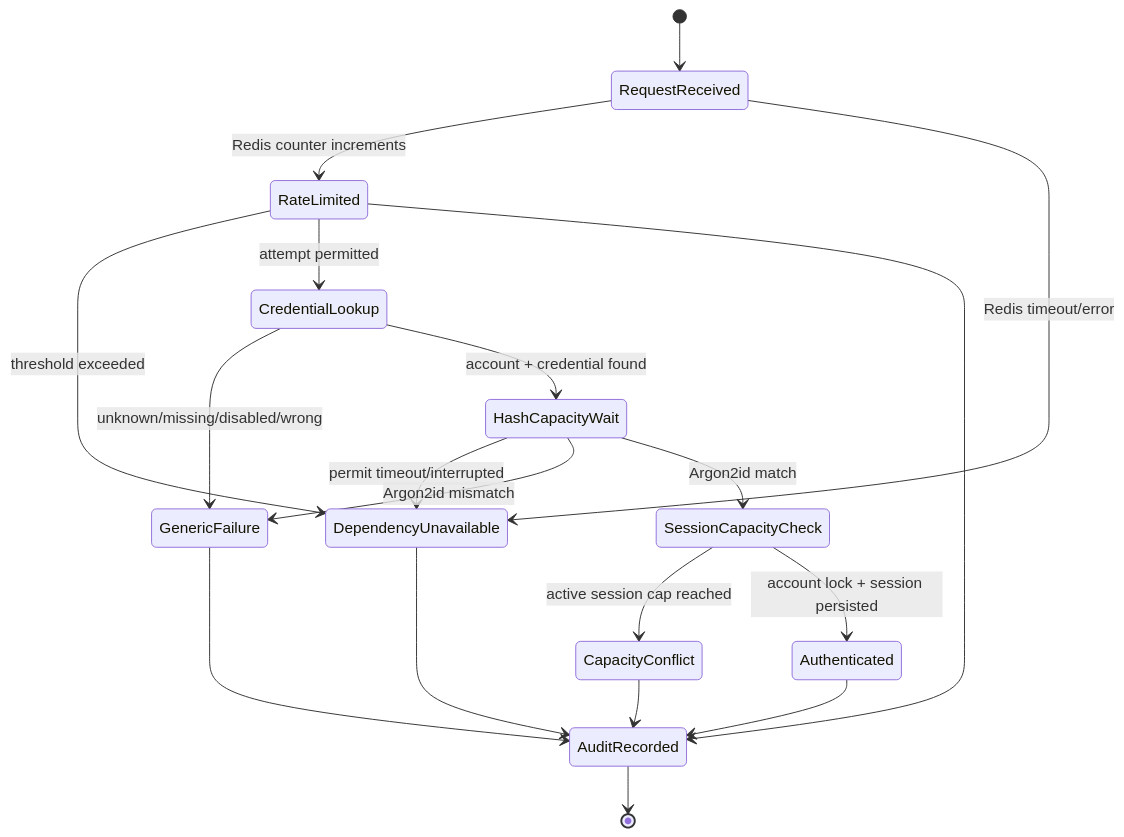
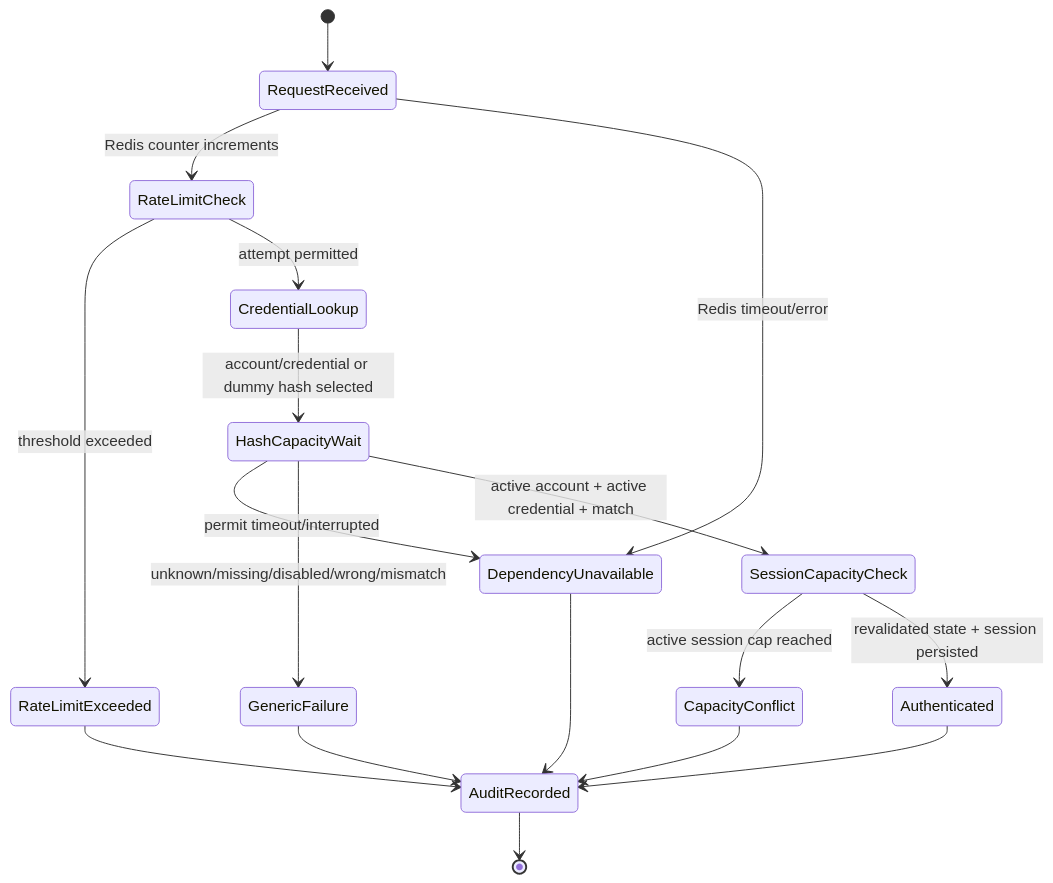
One commit to tdespenza/lifeos changed the fourth of 4 diagrams in docs/diagrams/identity-login.md. Above: the diagram before and after it, drawn with Mermaid. The commit also changed other lines of this file and 21 other files, not shown here.

````diff
--- a/docs/diagrams/identity-login.md
+++ b/docs/diagrams/identity-login.md
@@ -96,21 +100,20 @@
 ```mermaid
 stateDiagram-v2
     [*] --> RequestReceived
-    RequestReceived --> RateLimited : Redis counter increments
+    RequestReceived --> RateLimitCheck : Redis counter increments
     RequestReceived --> DependencyUnavailable : Redis timeout/error
-    RateLimited --> DependencyUnavailable : threshold exceeded
-    RateLimited --> CredentialLookup : attempt permitted
-    CredentialLookup --> GenericFailure : unknown/missing/disabled/wrong
-    CredentialLookup --> HashCapacityWait : account + credential found
+    RateLimitCheck --> RateLimitExceeded : threshold exceeded
+    RateLimitCheck --> CredentialLookup : attempt permitted
+    CredentialLookup --> HashCapacityWait : account/credential or dummy hash selected
     HashCapacityWait --> DependencyUnavailable : permit timeout/interrupted
-    HashCapacityWait --> GenericFailure : Argon2id mismatch
-    HashCapacityWait --> SessionCapacityCheck : Argon2id match
+    HashCapacityWait --> GenericFailure : unknown/missing/disabled/wrong/mismatch
+    HashCapacityWait --> SessionCapacityCheck : active account + active credential + match
     SessionCapacityCheck --> CapacityConflict : active session cap reached
-    SessionCapacityCheck --> Authenticated : account lock + session persisted
+    SessionCapacityCheck --> Authenticated : revalidated state + session persisted
     Authenticated --> AuditRecorded
     GenericFailure --> AuditRecorded
-    RateLimited --> AuditRecorded
+    RateLimitExceeded --> AuditRecorded
     DependencyUnavailable --> AuditRecorded
     CapacityConflict --> AuditRecorded
     AuditRecorded --> [*]
 ```
````
